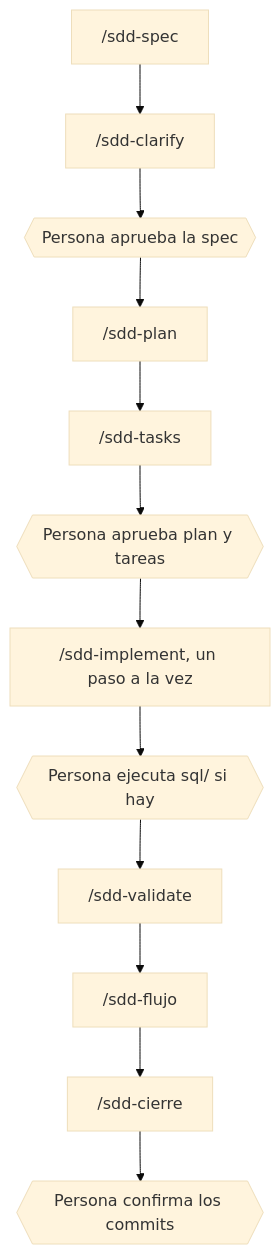
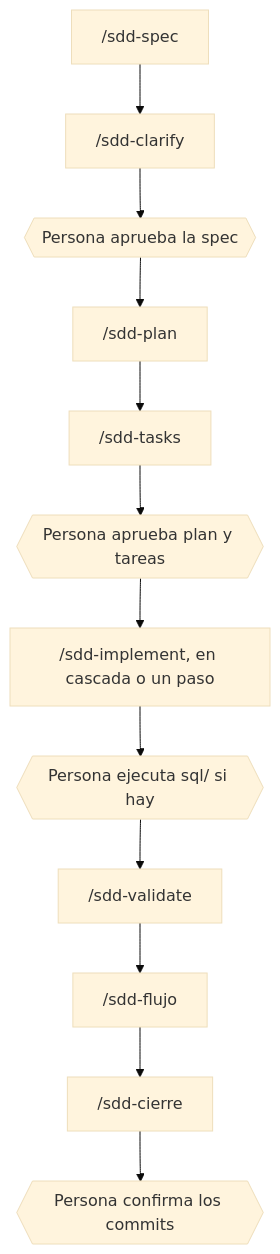
The second of 3 diagrams in README.md (rosinet-89/agent-kit-sdd), drawn with Mermaid (base theme) before and after one commit. The commit also changed other lines of this file and 14 other files, not shown here.

````diff
--- a/README.md
+++ b/README.md
@@ -35,14 +35,14 @@
 ```mermaid
 flowchart TD
     S["/sdd-spec"] --> CL["/sdd-clarify"]
     CL --> G1{{"Persona aprueba la spec"}}
     G1 --> P["/sdd-plan"]
     P --> T["/sdd-tasks"]
     T --> G2{{"Persona aprueba plan y tareas"}}
-    G2 --> I["/sdd-implement, un paso a la vez"]
+    G2 --> I["/sdd-implement, en cascada o un paso"]
     I --> SQL{{"Persona ejecuta sql/ si hay"}}
     SQL --> V["/sdd-validate"]
     V --> F["/sdd-flujo"]
     F --> C["/sdd-cierre"]
     C --> G3{{"Persona confirma los commits"}}
 ```
````
